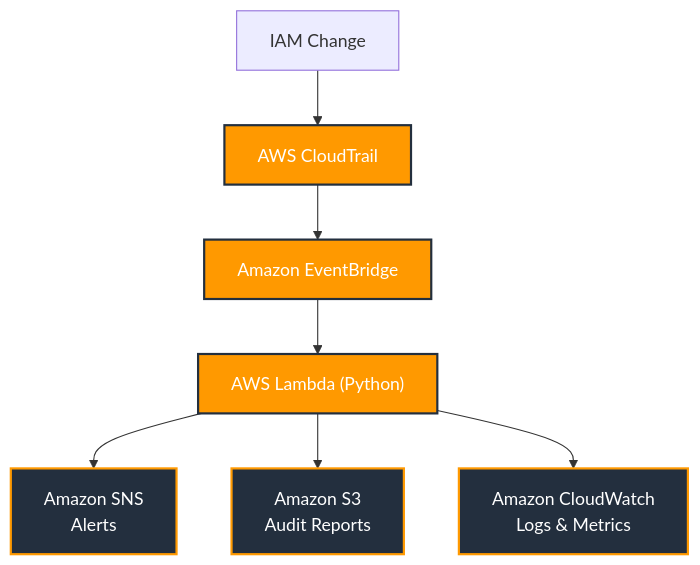
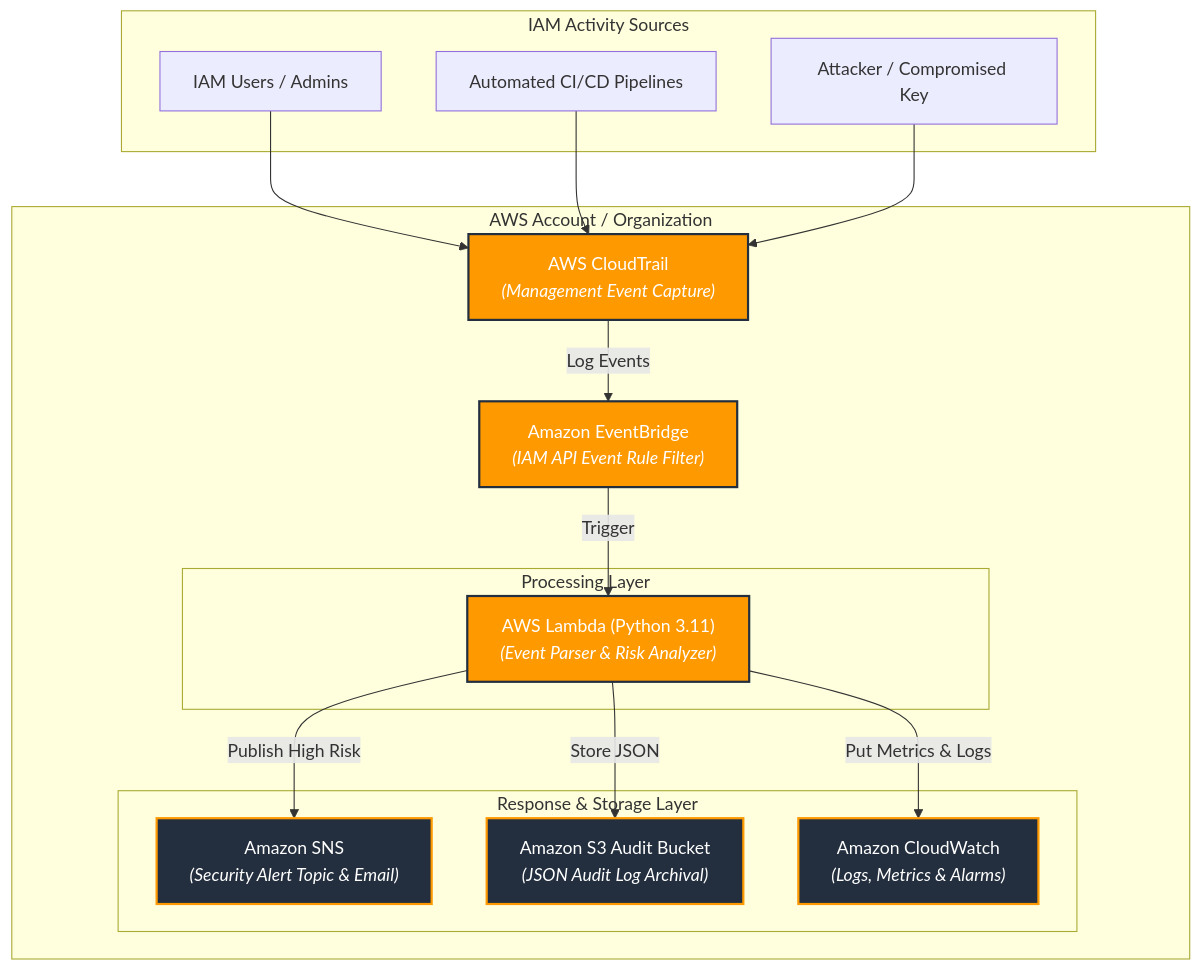
One commit to ZouariOmar/aws-iam-monitor changed the diagram in README.md. Above: the diagram before and after it, drawn with Mermaid. The commit also changed other lines of this file, not shown here.

Commit message:
docs(README): Update architecture & usage documentation

````diff
--- a/README.md
+++ b/README.md
@@ -109,25 +50,39 @@
 ```mermaid
 flowchart TD
-    A["IAM Change"]
-    B["AWS CloudTrail"]
-    C["Amazon EventBridge"]
-    D["AWS Lambda (Python)"]
+    subgraph IAM_Events["IAM Activity Sources"]
+        A1["IAM Users / Admins"]
+        A2["Automated CI/CD Pipelines"]
+        A3["Attacker / Compromised Key"]
+    end
 
-    E["Amazon SNS<br/>Alerts"]
-    F["Amazon S3<br/>Audit Reports"]
-    G["Amazon CloudWatch<br/>Logs & Metrics"]
+    subgraph AWS_Account["AWS Account / Organization"]
+        B["AWS CloudTrail<br/><i>(Management Event Capture)</i>"]
+        C["Amazon EventBridge<br/><i>(IAM API Event Rule Filter)</i>"]
 
-    A --> B
-    B --> C
-    C --> D
+        subgraph Serverless_Processing["Processing Layer"]
+            D["AWS Lambda (Python 3.11)<br/><i>(Event Parser & Risk Analyzer)</i>"]
+        end
 
-    D --> E
-    D --> F
-    D --> G
+        subgraph Output_Layer["Response & Storage Layer"]
+            E["Amazon SNS<br/><i>(Security Alert Topic & Email)</i>"]
+            F["Amazon S3 Audit Bucket<br/><i>(JSON Audit Log Archival)</i>"]
+            G["Amazon CloudWatch<br/><i>(Logs, Metrics & Alarms)</i>"]
+        end
+    end
+
+    A1 --> B
+    A2 --> B
+    A3 --> B
+
+    B -->|Log Events| C
+    C -->|Trigger| D
+
+    D -->|Publish High Risk| E
+    D -->|Store JSON| F
+    D -->|Put Metrics & Logs| G
 
     classDef aws fill:#FF9900,color:#fff,stroke:#232F3E,stroke-width:2px;
     classDef service fill:#232F3E,color:#fff,stroke:#FF9900,stroke-width:2px;
-
     class B,C,D aws;
     class E,F,G service;
 ```
````
